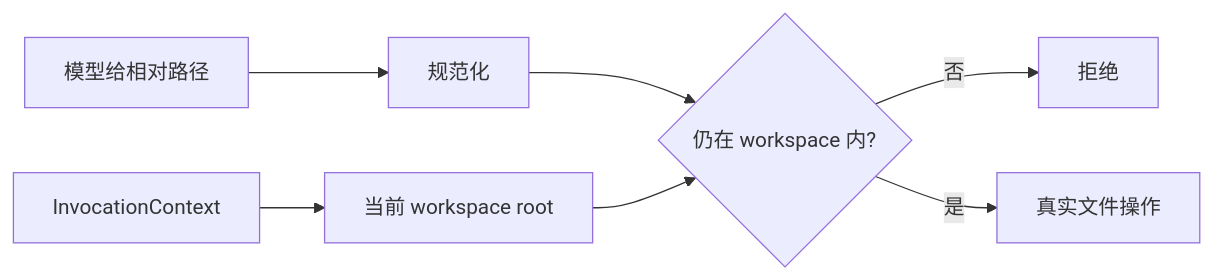
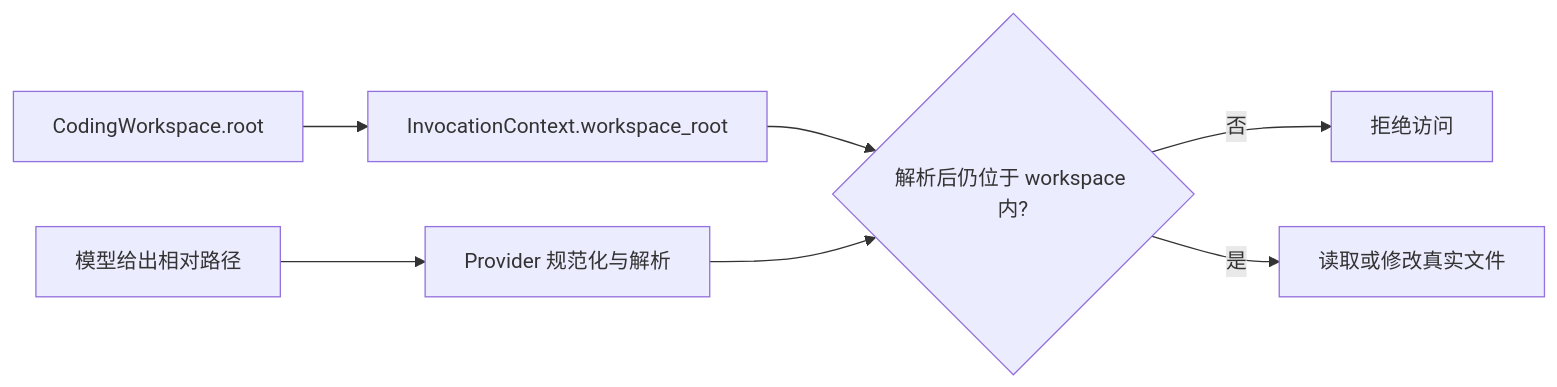
Before and after one commit to Arthur999459up/GitAgent: the fourth of 11 diagrams in docs/07-coding-workspace-and-verification.md, drawn with Mermaid. The commit also changed other lines of this file and 3 other files, not shown here.

````diff
--- a/docs/07-coding-workspace-and-verification.md
+++ b/docs/07-coding-workspace-and-verification.md
@@ -85,9 +145,9 @@
 ```mermaid
 flowchart LR
-    C[InvocationContext] --> W[当前 workspace root]
-    A[模型给相对路径] --> N[规范化]
-    N --> B{仍在 workspace 内?}
-    B -->|否| R[拒绝]
-    B -->|是| F[真实文件操作]
-    W --> B
+    A[CodingWorkspace.root] --> B[InvocationContext.workspace_root]
+    C[模型给出相对路径] --> D[Provider 规范化与解析]
+    B --> E{解析后仍位于 workspace 内?}
+    D --> E
+    E -->|否| F[拒绝访问]
+    E -->|是| G[读取或修改真实文件]
 ```
````
